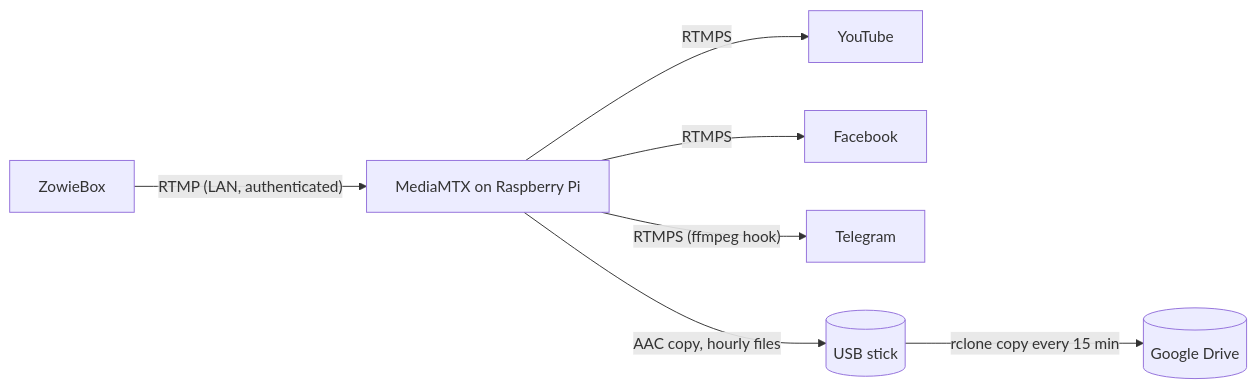
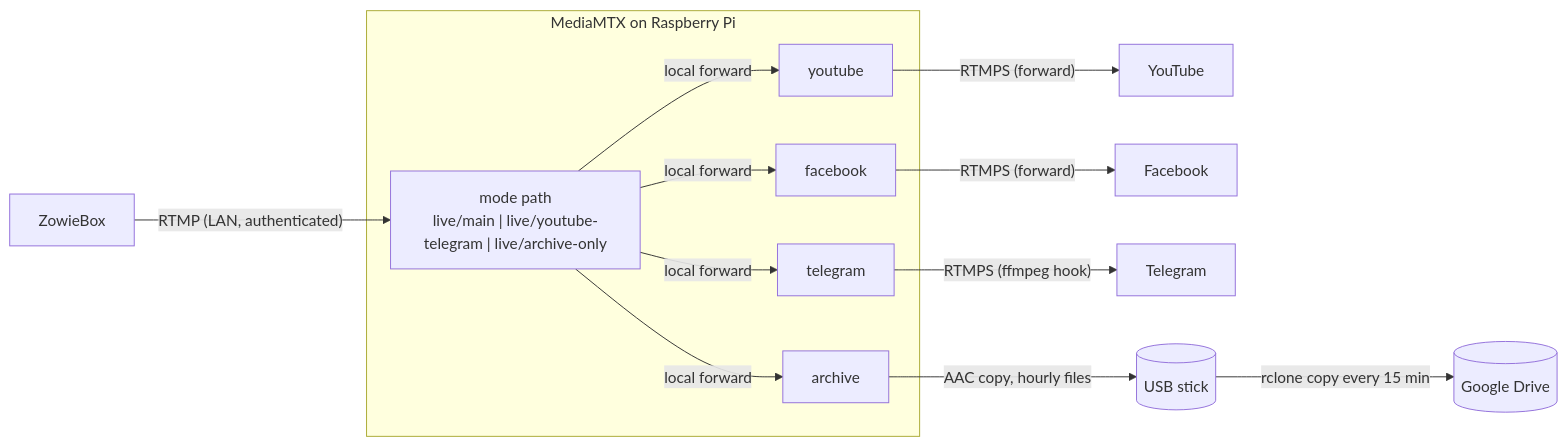
Before and after one commit to ebusho/mediamtx-relay: the diagram in README.md, drawn with Mermaid. The commit also changed other lines of this file and 3 other files, not shown here.

````diff
--- a/README.md
+++ b/README.md
@@ -7,9 +15,15 @@
 ```mermaid
 flowchart LR
-    Z[ZowieBox] -- "RTMP (LAN, authenticated)" --> M[MediaMTX on Raspberry Pi]
-    M -- RTMPS --> Y[YouTube]
-    M -- RTMPS --> F[Facebook]
-    M -- "RTMPS (ffmpeg hook)" --> T[Telegram]
-    M -- "AAC copy, hourly files" --> U[(USB stick)]
+    Z[ZowieBox] -- "RTMP (LAN, authenticated)" --> MODES
+
+    subgraph MediaMTX on Raspberry Pi
+        MODES["mode path<br/>live/main | live/youtube-telegram | live/archive-only"]
+        MODES -- local forward --> YP[youtube] & FP[facebook] & TP[telegram] & AP[archive]
+    end
+
+    YP -- "RTMPS (forward)" --> Y[YouTube]
+    FP -- "RTMPS (forward)" --> F[Facebook]
+    TP -- "RTMPS (ffmpeg hook)" --> T[Telegram]
+    AP -- "AAC copy, hourly files" --> U[(USB stick)]
     U -- "rclone copy every 15 min" --> C[(Google Drive)]
 ```
````
